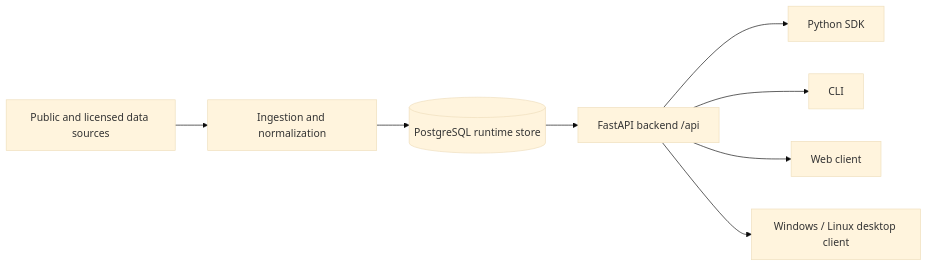
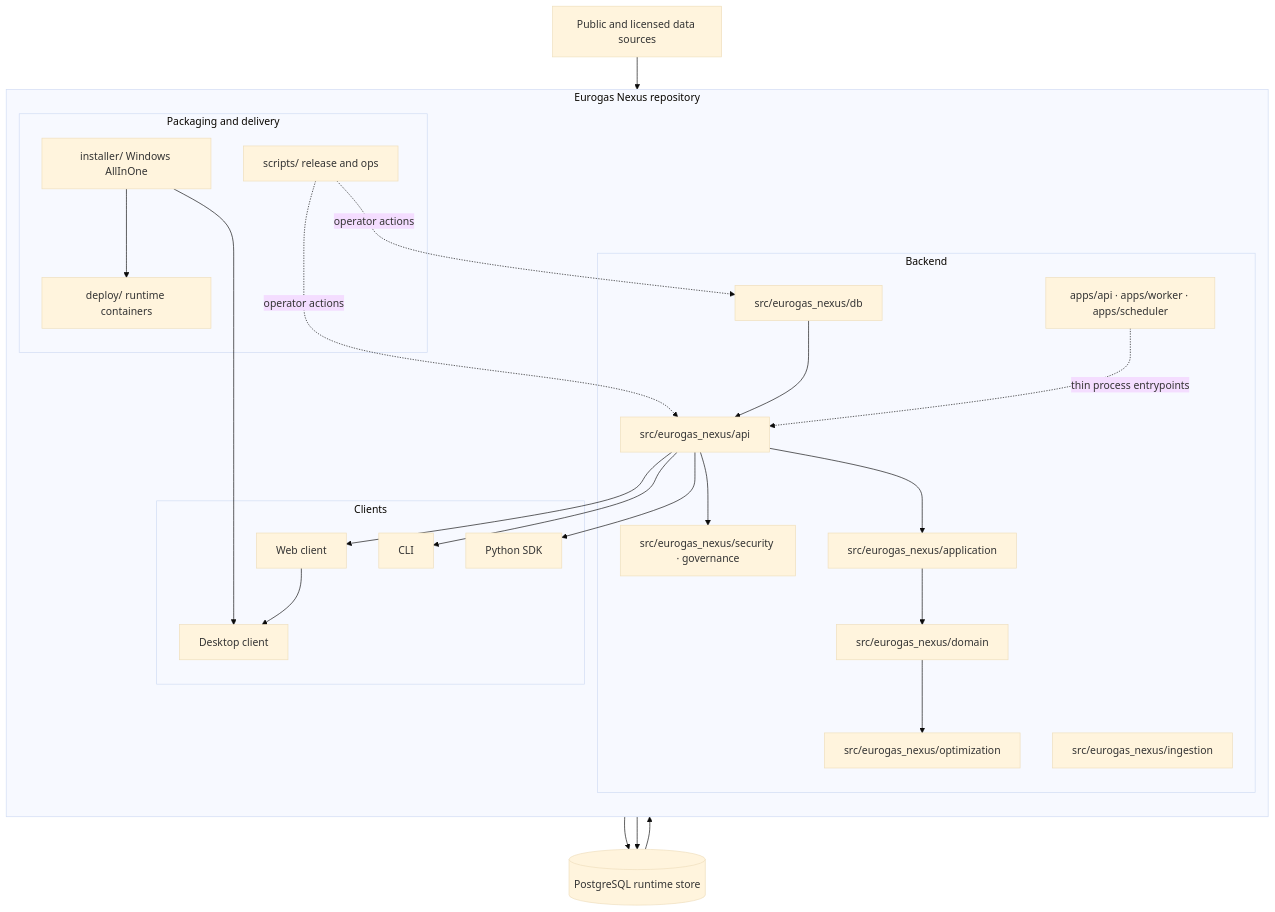
The diagram in README.md (AlexYuhuFeng/EurogasNexus), drawn with Mermaid (base theme) before and after one commit. The commit also changed other lines of this file and 24 other files, not shown here.

Commit message:
chore: control release workflow, update architecture graph, remove legacy scripts

````diff
--- a/README.md
+++ b/README.md
@@ -52,10 +52,50 @@
 ```mermaid
-flowchart LR
-    Sources["Public and licensed data sources"] --> Ingestion["Ingestion and normalization"]
-    Ingestion --> DB[("PostgreSQL runtime store")]
-    DB --> API["FastAPI backend /api"]
-    API --> SDK["Python SDK"]
-    API --> CLI["CLI"]
-    API --> Web["Web client"]
-    API --> Desktop["Windows / Linux desktop client"]
+flowchart TB
+    subgraph Repo["Eurogas Nexus repository"]
+        direction TB
+        subgraph Backend["Backend"]
+            Apps["apps/api · apps/worker · apps/scheduler"]
+            Ing["src/eurogas_nexus/ingestion"]
+            Api["src/eurogas_nexus/api"]
+            App["src/eurogas_nexus/application"]
+            Domain["src/eurogas_nexus/domain"]
+            Db["src/eurogas_nexus/db"]
+            Opt["src/eurogas_nexus/optimization"]
+            Gov["src/eurogas_nexus/security · governance"]
+        end
+
+        subgraph Clients["Clients"]
+            SDK["Python SDK"]
+            CLI["CLI"]
+            Web["Web client"]
+            Desktop["Desktop client"]
+        end
+
+        subgraph Delivery["Packaging and delivery"]
+            Deploy["deploy/ runtime containers"]
+            Installer["installer/ Windows AllInOne"]
+            Scripts["scripts/ release and ops"]
+        end
+    end
+
+    Sources["Public and licensed data sources"] --> Ing
+    Ing --> PG[("PostgreSQL runtime store")]
+    PG --> Db
+    Db --> Api
+    Api --> App
+    App --> Domain
+    Domain --> Opt
+    Api --> Gov
+
+    Apps -. "thin process entrypoints" .-> Api
+    Api --> SDK
+    Api --> CLI
+    Api --> Web
+    Web --> Desktop
+
+    Deploy --> PG
+    Installer --> Desktop
+    Installer --> Deploy
+    Scripts -. "operator actions" .-> Db
+    Scripts -. "operator actions" .-> Api
 ```
````
